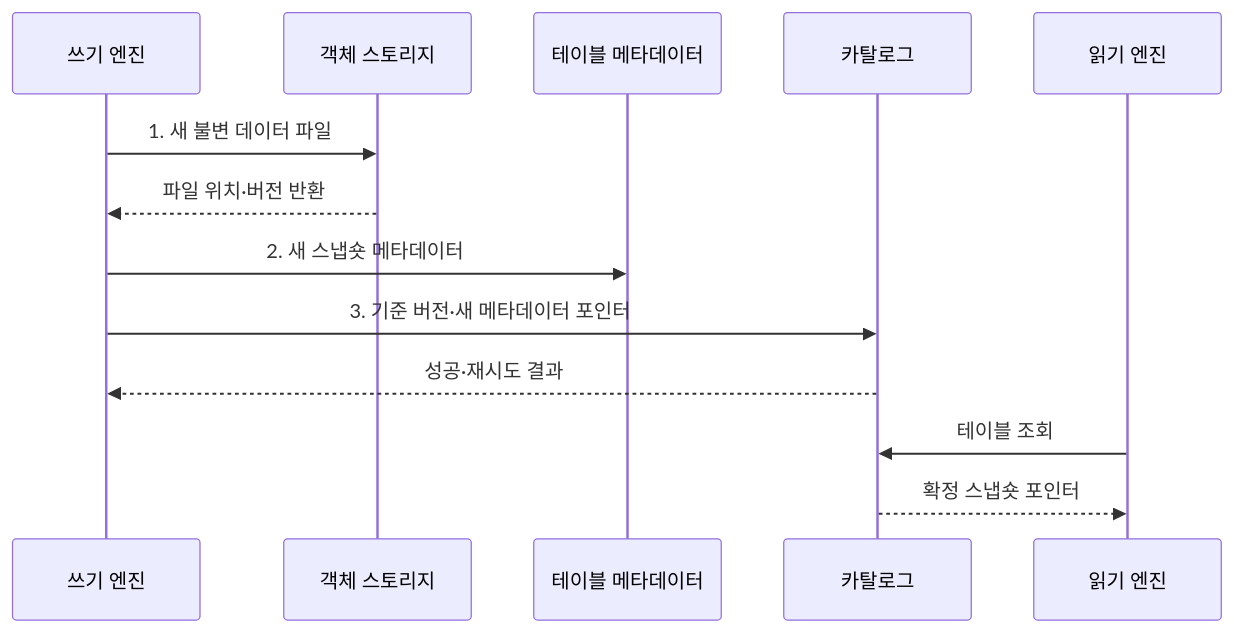
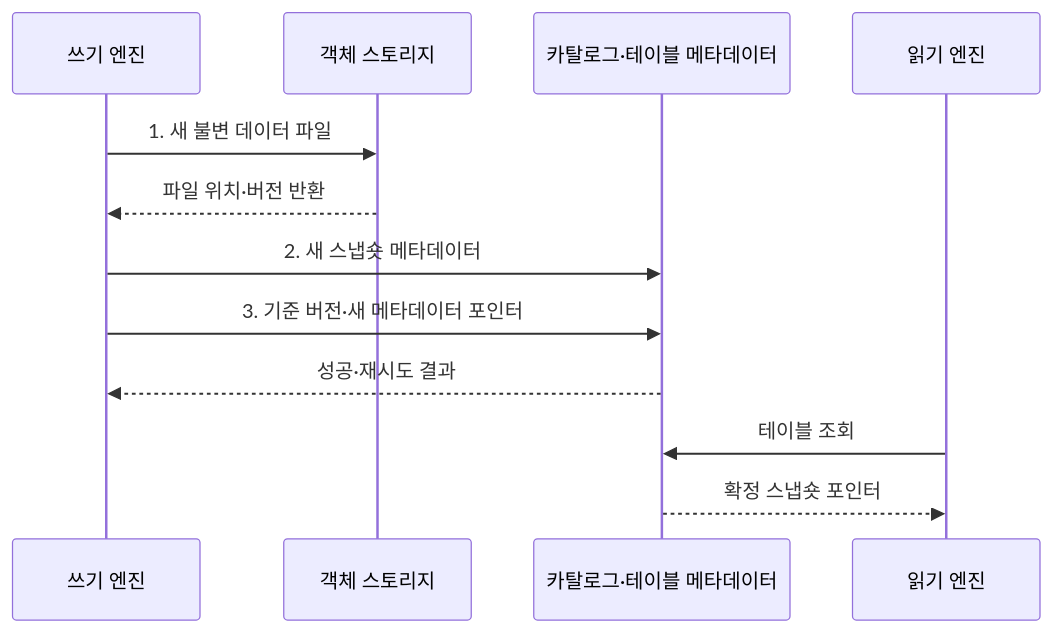
The second of 2 diagrams in src/content/docs/notes/03-software/126_data_lakehouse.md (agnusdei1207/knowledge-base), drawn with Mermaid before and after one commit. The commit also changed 9 other files, not shown here.

Commit message:
Trim data engineering diagram actors

````diff
--- a/src/content/docs/notes/03-software/126_data_lakehouse.md
+++ b/src/content/docs/notes/03-software/126_data_lakehouse.md
@@ -102,15 +102,14 @@
 ```mermaid
 sequenceDiagram
     participant W as 쓰기 엔진
     participant O as 객체 스토리지
-    participant M as 테이블 메타데이터
-    participant C as 카탈로그
+    participant C as 카탈로그·테이블 메타데이터
     participant R as 읽기 엔진
     W->>O: 1. 새 불변 데이터 파일
     O-->>W: 파일 위치·버전 반환
-    W->>M: 2. 새 스냅숏 메타데이터
+    W->>C: 2. 새 스냅숏 메타데이터
     W->>C: 3. 기준 버전·새 메타데이터 포인터
     C-->>W: 성공·재시도 결과
     R->>C: 테이블 조회
     C-->>R: 확정 스냅숏 포인터
 ```
````
